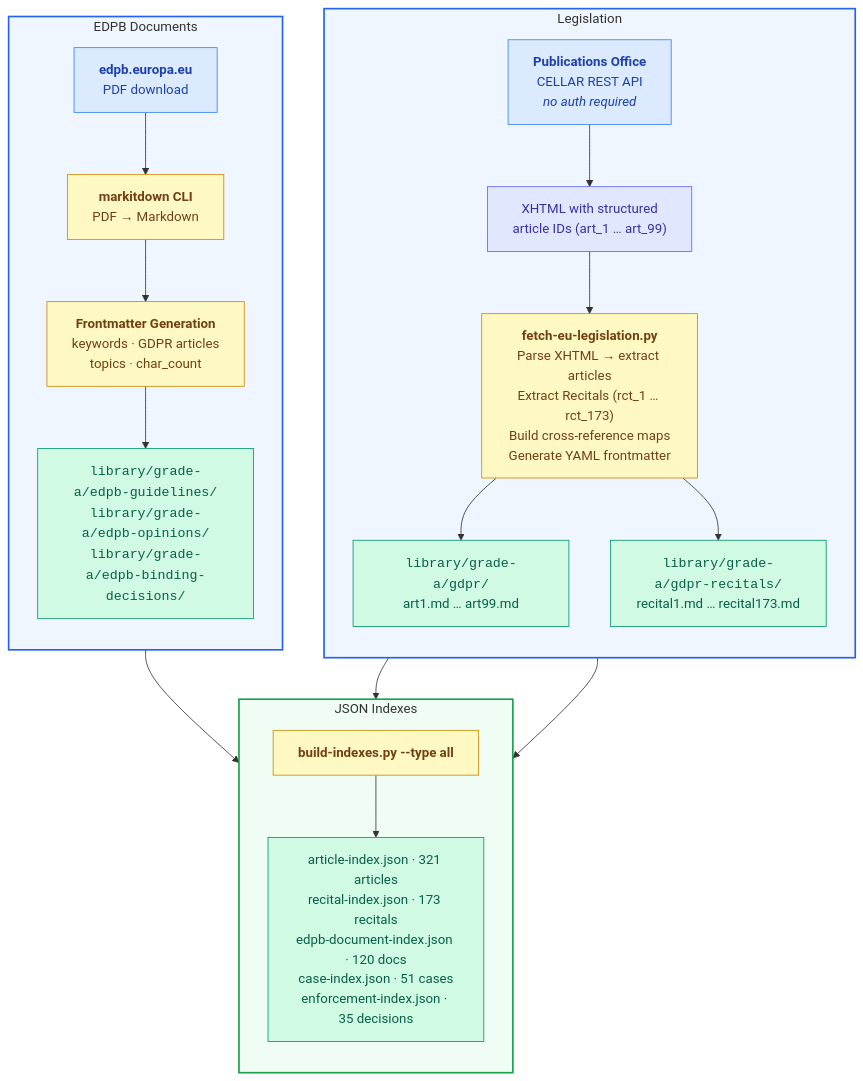
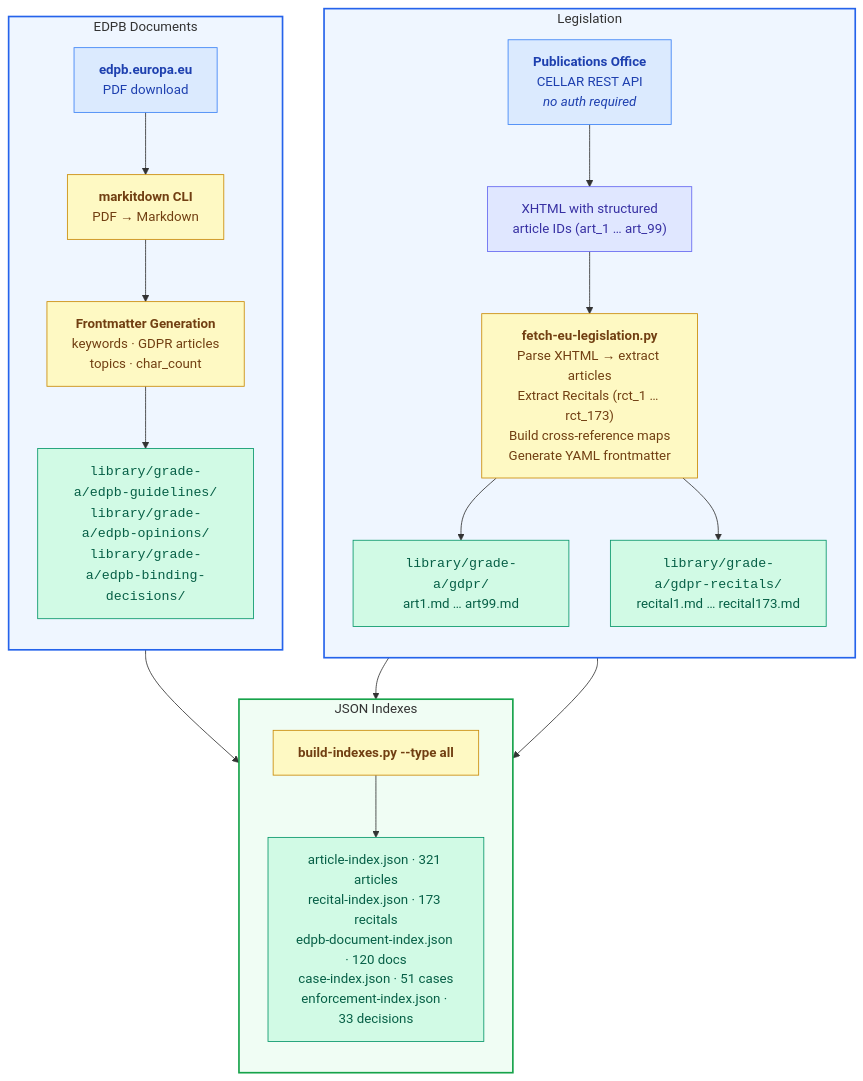
Before and after one commit to lowtidebuild/GDPR-expert: the second of 3 diagrams in README.md, drawn with Mermaid. The commit also changed other lines of this file and 5 other files, not shown here.

````diff
--- a/README.md
+++ b/README.md
@@ -122,49 +122,49 @@
 ```mermaid
 flowchart TD
     subgraph leg["Legislation"]
         direction TB
         PO["<b>Publications Office</b><br/>CELLAR REST API<br/><i>no auth required</i>"]
         XHTML["XHTML with structured<br/>article IDs (art_1 … art_99)"]
         FETCH["<b>fetch-eu-legislation.py</b><br/>Parse XHTML → extract articles<br/>Extract Recitals (rct_1 … rct_173)<br/>Build cross-reference maps<br/>Generate YAML frontmatter"]
         ARTS["<code>library/grade-a/gdpr/</code><br/>art1.md … art99.md"]
         RECS["<code>library/grade-a/gdpr-recitals/</code><br/>recital1.md … recital173.md"]
         PO --> XHTML --> FETCH
         FETCH --> ARTS
         FETCH --> RECS
     end
 
     subgraph edpb["EDPB Documents"]
         direction TB
         EDPB_SRC["<b>edpb.europa.eu</b><br/>PDF download"]
         MARK["<b>markitdown CLI</b><br/>PDF → Markdown"]
         FRONT["<b>Frontmatter Generation</b><br/>keywords · GDPR articles<br/>topics · char_count"]
         EDPB_OUT["<code>library/grade-a/edpb-guidelines/</code><br/><code>library/grade-a/edpb-opinions/</code><br/><code>library/grade-a/edpb-binding-decisions/</code>"]
         EDPB_SRC --> MARK --> FRONT --> EDPB_OUT
     end
 
     subgraph idx["JSON Indexes"]
         direction TB
         BUILD["<b>build-indexes.py --type all</b>"]
-        IDXOUT["article-index.json · 321 articles<br/>recital-index.json · 173 recitals<br/>edpb-document-index.json · 120 docs<br/>case-index.json · 51 cases<br/>enforcement-index.json · 35 decisions"]
+        IDXOUT["article-index.json · 321 articles<br/>recital-index.json · 173 recitals<br/>edpb-document-index.json · 120 docs<br/>case-index.json · 51 cases<br/>enforcement-index.json · 33 decisions"]
         BUILD --> IDXOUT
     end
 
     ARTS --> BUILD
     RECS --> BUILD
     EDPB_OUT --> BUILD
 
     style leg fill:#eff6ff,stroke:#2563eb,stroke-width:2px
     style edpb fill:#eff6ff,stroke:#2563eb,stroke-width:2px
     style idx fill:#f0fdf4,stroke:#16a34a,stroke-width:2px
     style PO fill:#dbeafe,stroke:#3b82f6,color:#1e40af
     style EDPB_SRC fill:#dbeafe,stroke:#3b82f6,color:#1e40af
     style XHTML fill:#e0e7ff,stroke:#6366f1,color:#3730a3
     style FETCH fill:#fef9c3,stroke:#ca8a04,color:#713f12
     style MARK fill:#fef9c3,stroke:#ca8a04,color:#713f12
     style FRONT fill:#fef9c3,stroke:#ca8a04,color:#713f12
     style BUILD fill:#fef9c3,stroke:#ca8a04,color:#713f12
     style ARTS fill:#d1fae5,stroke:#059669,color:#065f46
     style RECS fill:#d1fae5,stroke:#059669,color:#065f46
     style EDPB_OUT fill:#d1fae5,stroke:#059669,color:#065f46
     style IDXOUT fill:#d1fae5,stroke:#059669,color:#065f46
 ```
````
